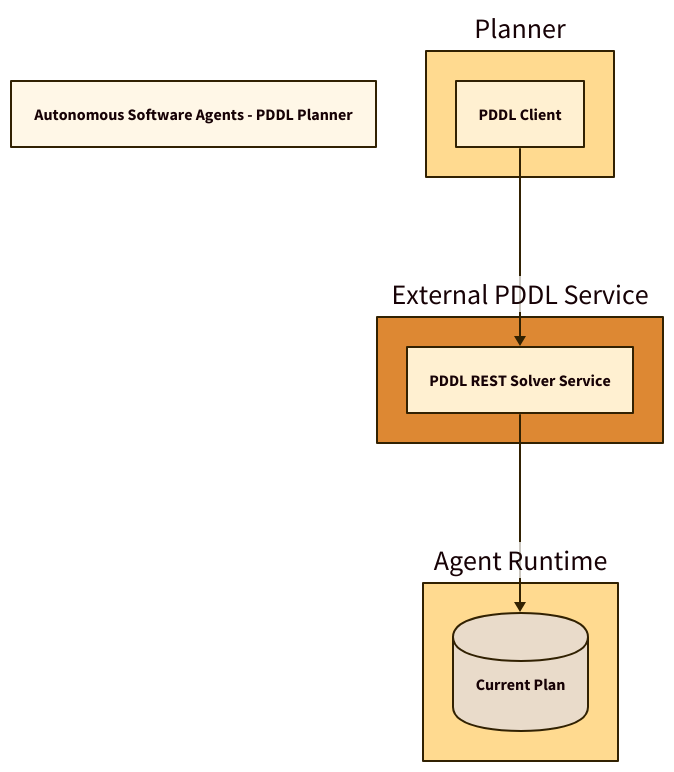
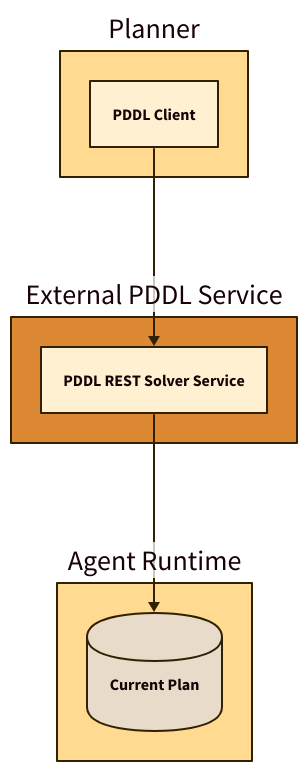
The diagram in presentation/diagrams/pddlPlanner.d2 (LuigiMiazzo17/unitn-autonomusSoftwareAgents), drawn with D2 before and after one commit. The commit also changed 8 other files, not shown here. The source asks for the TALA layout; these drawings use dagre instead.

Commit message:
doc: remove titles from diagrams

```diff
--- a/presentation/diagrams/pddlPlanner.d2
+++ b/presentation/diagrams/pddlPlanner.d2
@@ -1,36 +1,34 @@
-title: "Autonomous Software Agents - PDDL Planner"
-
 vars: {
   d2-config: {
     layout-engine: tala
     theme-id: 105
   }
 }
 
 pddlSolver: {
   label: "External PDDL Service"
   style: {
     fill: "#dd8833"
   }
   rest: {
     label: "PDDL REST Solver Service"
   }
 }
 
 agentRuntime: {
   label: "Agent Runtime"
   plan: {
     label: "Current Plan"
     shape: cylinder
   }
 }
 
 planner: {
   label: "Planner"
   pddl: {
     label: "PDDL Client"
   }
 }
 
 planner.pddl -> pddlSolver.rest
 pddlSolver.rest -> agentRuntime.plan
```
